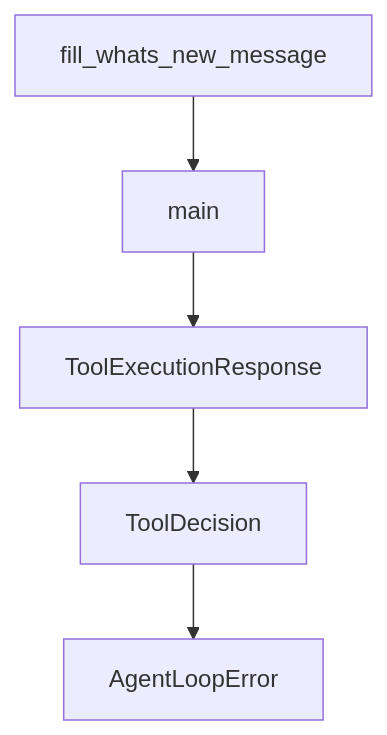
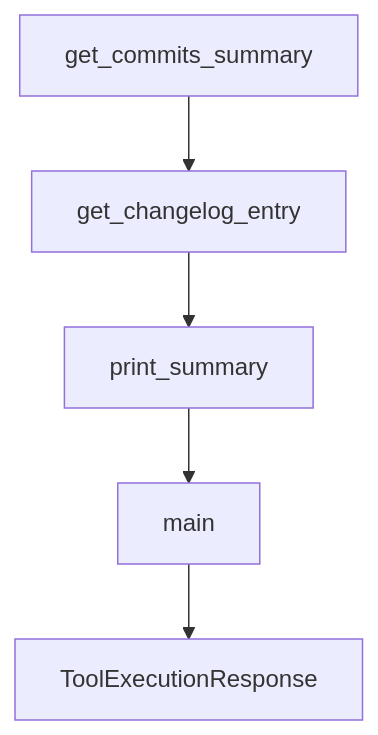
One commit to johnxie/awesome-code-docs changed the diagram in tutorials/mistral-vibe-tutorial/02-agent-profiles-and-trust-model.md. Above: the diagram before and after it, drawn with Mermaid. The commit also changed other lines of this file and 1232 other files, not shown here.

````diff
--- a/tutorials/mistral-vibe-tutorial/02-agent-profiles-and-trust-model.md
+++ b/tutorials/mistral-vibe-tutorial/02-agent-profiles-and-trust-model.md
@@ -211,12 +209,12 @@
 ```mermaid
 flowchart TD
-    A[fill_whats_new_message]
-    B[main]
-    C[ToolExecutionResponse]
-    D[ToolDecision]
-    E[AgentLoopError]
+    A[get_commits_summary]
+    B[get_changelog_entry]
+    C[print_summary]
+    D[main]
+    E[ToolExecutionResponse]
     A --> B
     B --> C
     C --> D
     D --> E
 ```
````
